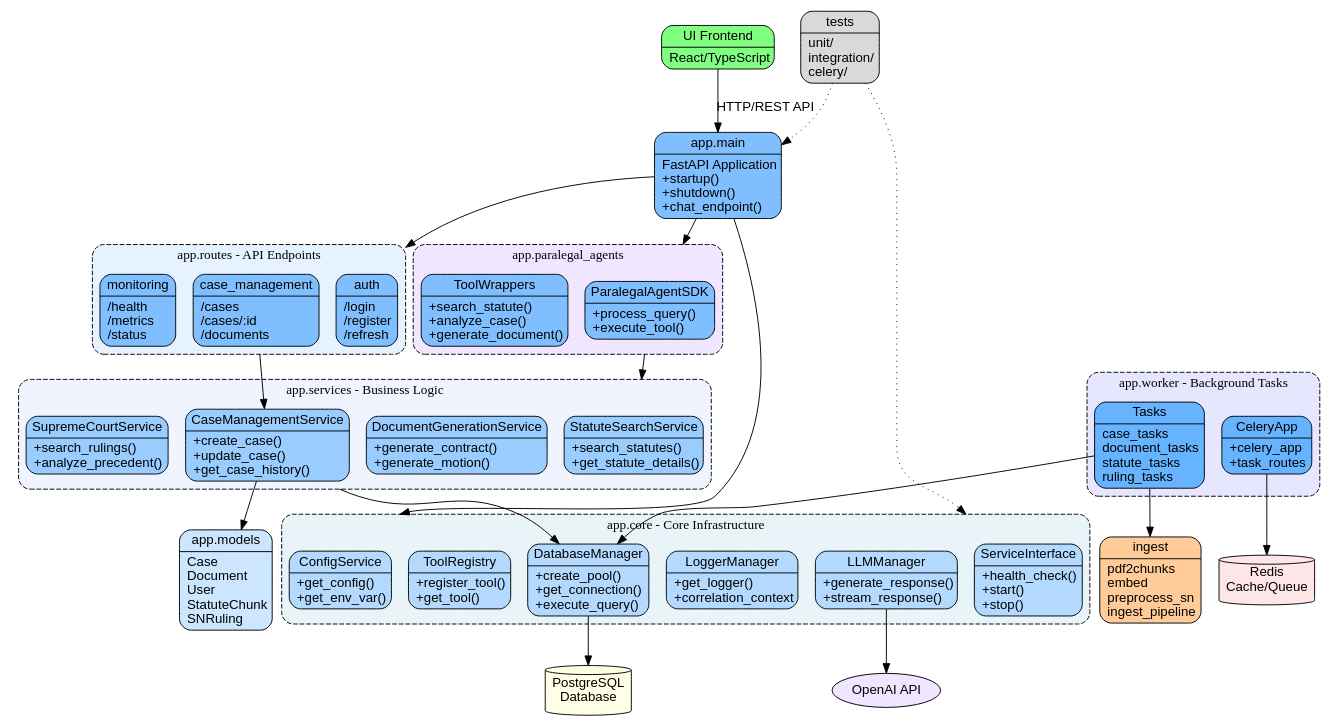
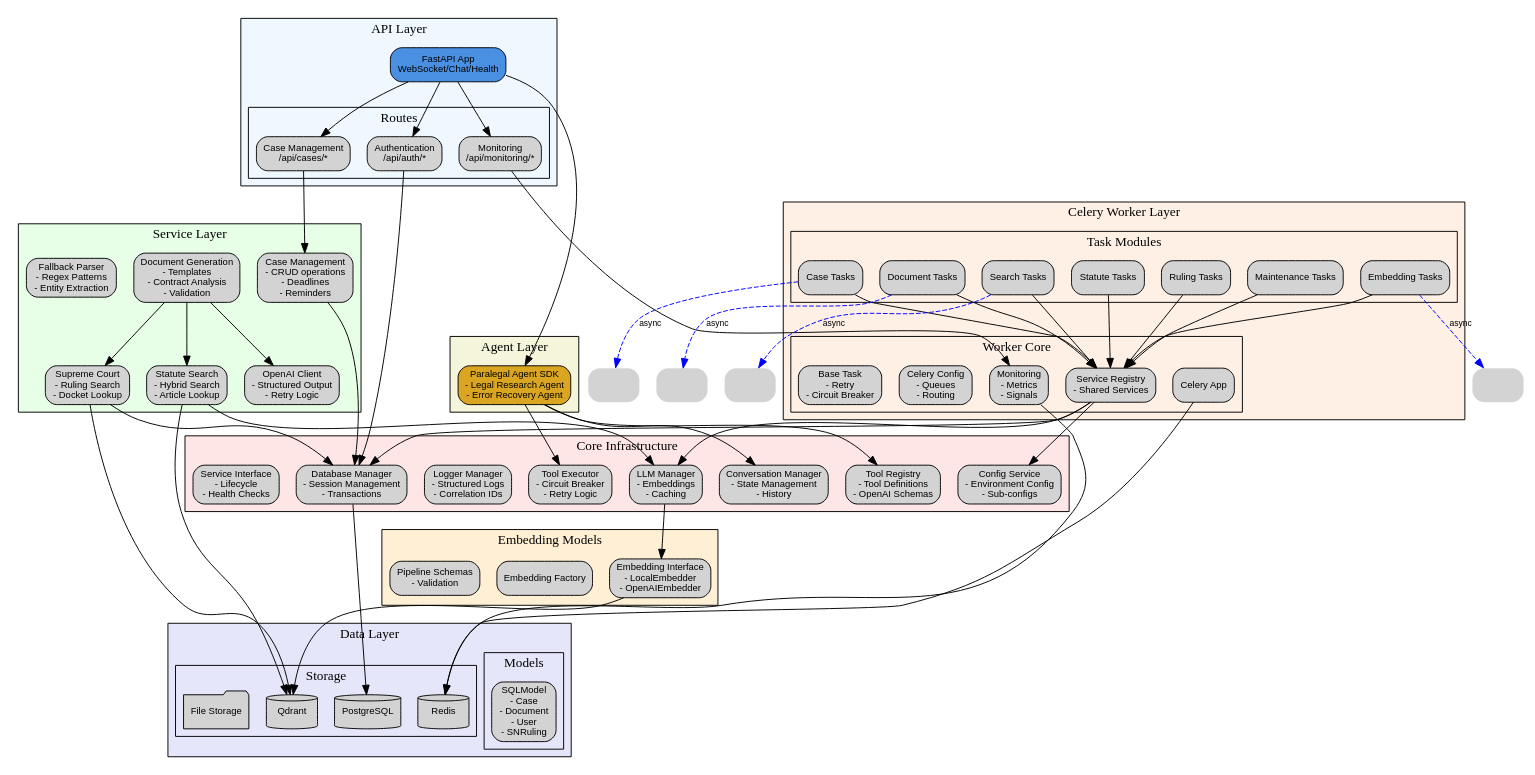
One commit to zeddq/cywil changed the diagram in codebase_architecture_detailed.dot. Above: the diagram before and after it, drawn with Graphviz. The commit also changed 13 other files, not shown here.

```diff
--- a/codebase_architecture_detailed.dot
+++ b/codebase_architecture_detailed.dot
@@ -1,106 +1,180 @@
-digraph "AI_Paralegal_POC_Detailed_Architecture" {
+digraph AI_Paralegal_Detailed {
+    // Graph settings
     rankdir=TB;
-    node [shape=record, style="rounded,filled", fontname="Arial", fontcolor="black"];
-    edge [fontname="Arial", fontcolor="black"];
+    node [shape=box, style="rounded,filled", fontname="Arial", fontsize=10];
+    edge [fontname="Arial", fontsize=9];
     compound=true;
     
-    // app.core subgraph
-    subgraph cluster_core {
-        label="app.core - Core Infrastructure";
-        style="rounded,dashed";
-        bgcolor="#e8f4f8";
+    // API Layer
+    subgraph cluster_api {
+        label="API Layer";
+        style=filled;
+        fillcolor="#f0f8ff";
         
-        core_config [fillcolor="#b3d9ff", label="{ConfigService|+get_config()\l+get_env_var()\l}"];
-        core_db [fillcolor="#b3d9ff", label="{DatabaseManager|+create_pool()\l+get_connection()\l+execute_query()\l}"];
-        core_logger [fillcolor="#b3d9ff", label="{LoggerManager|+get_logger()\l+correlation_context\l}"];
-        core_llm [fillcolor="#b3d9ff", label="{LLMManager|+generate_response()\l+stream_response()\l}"];
-        core_tools [fillcolor="#b3d9ff", label="{ToolRegistry|+register_tool()\l+get_tool()\l}"];
-        core_service [fillcolor="#b3d9ff", label="{ServiceInterface|+health_check()\l+start()\l+stop()\l}"];
+        subgraph cluster_routes {
+            label="Routes";
+            "auth.py" [label="Authentication\n/api/auth/*"];
+            "case_management_routes.py" [label="Case Management\n/api/cases/*"];
+            "monitoring_routes.py" [label="Monitoring\n/api/monitoring/*"];
+        }
+        
+        "main.py" [label="FastAPI App\nWebSocket/Chat/Health", fillcolor="#4a90e2"];
     }
     
-    // app.services subgraph
-    subgraph cluster_services {
-        label="app.services - Business Logic";
-        style="rounded,dashed";
-        bgcolor="#f0f4ff";
+    // Agent Layer
+    subgraph cluster_agents {
+        label="Agent Layer";
+        style=filled;
+        fillcolor="#f5f5dc";
         
-        svc_case [fillcolor="#99ccff", label="{CaseManagementService|+create_case()\l+update_case()\l+get_case_history()\l}"];
-        svc_doc [fillcolor="#99ccff", label="{DocumentGenerationService|+generate_contract()\l+generate_motion()\l}"];
-        svc_statute [fillcolor="#99ccff", label="{StatuteSearchService|+search_statutes()\l+get_statute_details()\l}"];
-        svc_court [fillcolor="#99ccff", label="{SupremeCourtService|+search_rulings()\l+analyze_precedent()\l}"];
+        "refactored_agent_sdk.py" [label="Paralegal Agent SDK\n- Legal Research Agent\n- Error Recovery Agent", fillcolor="#daa520"];
     }
     
-    // app.routes subgraph
-    subgraph cluster_routes {
-        label="app.routes - API Endpoints";
-        style="rounded,dashed";
-        bgcolor="#e6f2ff";
+    // Service Layer
+    subgraph cluster_services {
+        label="Service Layer";
+        style=filled;
+        fillcolor="#e6ffe6";
         
-        route_auth [fillcolor="#80bfff", label="{auth|/login\l/register\l/refresh\l}"];
-        route_case [fillcolor="#80bfff", label="{case_management|/cases\l/cases/:id\l/documents\l}"];
-        route_monitor [fillcolor="#80bfff", label="{monitoring|/health\l/metrics\l/status\l}"];
+        "case_management_service.py" [label="Case Management\n- CRUD operations\n- Deadlines\n- Reminders"];
+        "document_generation_service.py" [label="Document Generation\n- Templates\n- Contract Analysis\n- Validation"];
+        "statute_search_service.py" [label="Statute Search\n- Hybrid Search\n- Article Lookup"];
+        "supreme_court_service.py" [label="Supreme Court\n- Ruling Search\n- Docket Lookup"];
+        "openai_client.py" [label="OpenAI Client\n- Structured Output\n- Retry Logic"];
+        "fallback_parser.py" [label="Fallback Parser\n- Regex Patterns\n- Entity Extraction"];
     }
     
-    // app.worker subgraph
-    subgraph cluster_worker {
-        label="app.worker - Background Tasks";
-        style="rounded,dashed";
-        bgcolor="#e6e6ff";
+    // Core Infrastructure
+    subgraph cluster_core {
+        label="Core Infrastructure";
+        style=filled;
+        fillcolor="#ffe6e6";
         
-        worker_celery [fillcolor="#66b3ff", label="{CeleryApp|+celery_app\l+task_routes\l}"];
-        worker_tasks [fillcolor="#66b3ff", label="{Tasks|case_tasks\ldocument_tasks\lstatute_tasks\lruling_tasks\l}"];
+        "config_service.py" [label="Config Service\n- Environment Config\n- Sub-configs"];
+        "database_manager.py" [label="Database Manager\n- Session Management\n- Transactions"];
+        "llm_manager.py" [label="LLM Manager\n- Embeddings\n- Caching"];
+        "tool_registry.py" [label="Tool Registry\n- Tool Definitions\n- OpenAI Schemas"];
+        "tool_executor.py" [label="Tool Executor\n- Circuit Breaker\n- Retry Logic"];
+        "logger_manager.py" [label="Logger Manager\n- Structured Logs\n- Correlation IDs"];
+        "conversation_manager.py" [label="Conversation Manager\n- State Management\n- History"];
+        "service_interface.py" [label="Service Interface\n- Lifecycle\n- Health Checks"];
     }
     
-    // app.paralegal_agents subgraph
-    subgraph cluster_agents {
-        label="app.paralegal_agents";
-        style="rounded,dashed";
-        bgcolor="#f0e6ff";
+    // Worker Layer
+    subgraph cluster_worker {
+        label="Celery Worker Layer";
+        style=filled;
+        fillcolor="#fff0e6";
         
-        agent_sdk [fillcolor="#80bfff", label="{ParalegalAgentSDK|+process_query()\l+execute_tool()\l}"];
-        agent_tools [fillcolor="#80bfff", label="{ToolWrappers|+search_statute()\l+analyze_case()\l+generate_document()\l}"];
+        subgraph cluster_worker_core {
+            label="Worker Core";
+            "celery_app.py" [label="Celery App"];
+            "service_registry.py" [label="Service Registry\n- Shared Services"];
+            "monitoring.py" [label="Monitoring\n- Metrics\n- Signals"];
+            "config.py" [label="Celery Config\n- Queues\n- Routing"];
+            "base_task.py" [label="Base Task\n- Retry\n- Circuit Breaker"];
+        }
+        
+        subgraph cluster_tasks {
+            label="Task Modules";
+            "case_tasks.py" [label="Case Tasks"];
+            "document_tasks.py" [label="Document Tasks"];
+            "search_tasks.py" [label="Search Tasks"];
+            "embedding_tasks.py" [label="Embedding Tasks"];
+            "statute_tasks.py" [label="Statute Tasks"];
+            "ruling_tasks.py" [label="Ruling Tasks"];
+            "maintenance.py" [label="Maintenance Tasks"];
+        }
     }
     
-    // Main app
-    app_main [fillcolor="#80bfff", fontcolor="black", label="{app.main|FastAPI Application\l+startup()\l+shutdown()\l+chat_endpoint()\l}"];
+    // Data Layer
+    subgraph cluster_data {
+        label="Data Layer";
+        style=filled;
+        fillcolor="#e6e6fa";
+        
+        subgraph cluster_models {
+            label="Models";
+            "models.py" [label="SQLModel\n- Case\n- Document\n- User\n- SNRuling"];
+        }
+        
+        subgraph cluster_storage {
+            label="Storage";
+            "PostgreSQL" [shape=cylinder];
+            "Redis" [shape=cylinder];
+            "Qdrant" [shape=cylinder];
+            "File Storage" [shape=folder];
+        }
+    }
     
-    // Models
-    app_models [fillcolor="#cce6ff", label="{app.models|Case\lDocument\lUser\lStatuteChunk\lSNRuling\l}"];
+    // Embedding Layer
+    subgraph cluster_embeddings {
+        label="Embedding Models";
+        style=filled;
+        fillcolor="#ffefd5";
+        
+        "embedding_interface.py" [label="Embedding Interface\n- LocalEmbedder\n- OpenAIEmbedder"];
+        "embedding_factory.py" [label="Embedding Factory"];
+        "pipeline_schemas.py" [label="Pipeline Schemas\n- Validation"];
+    }
     
-    // Ingest module
-    ingest_module [fillcolor="#ffcc99", label="{ingest|pdf2chunks\lembed\lpreprocess_sn\lingest_pipeline\l}"];
+    // Connections - API to Services
+    "main.py" -> "auth.py";
+    "main.py" -> "case_management_routes.py";
+    "main.py" -> "monitoring_routes.py";
+    "main.py" -> "refactored_agent_sdk.py";
     
-    // External systems
-    postgres [shape=cylinder, fillcolor="#ffffe6", label="PostgreSQL\nDatabase"];
-    redis [shape=cylinder, fillcolor="#ffe6e6", label="Redis\nCache/Queue"];
-    openai [shape=ellipse, fillcolor="#f0e6ff", label="OpenAI API"];
+    // Routes to Services
+    "auth.py" -> "database_manager.py";
+    "case_management_routes.py" -> "case_management_service.py";
+    "monitoring_routes.py" -> "monitoring.py";
     
-    // UI
-    ui_app [fillcolor="#80ff80", label="{UI Frontend|React/TypeScript\l}"];
+    // Agent to Services
+    "refactored_agent_sdk.py" -> "tool_registry.py";
+    "refactored_agent_sdk.py" -> "tool_executor.py";
+    "refactored_agent_sdk.py" -> "conversation_manager.py";
     
-    // Dependencies - simplified for clarity
-    app_main -> core_config [lhead=cluster_core];
-    app_main -> route_auth [lhead=cluster_routes];
-    app_main -> agent_sdk [lhead=cluster_agents];
+    // Service Dependencies
+    "case_management_service.py" -> "database_manager.py";
+    "document_generation_service.py" -> "statute_search_service.py";
+    "document_generation_service.py" -> "supreme_court_service.py";
+    "document_generation_service.py" -> "openai_client.py";
+    "statute_search_service.py" -> "llm_manager.py";
+    "supreme_court_service.py" -> "database_manager.py";
     
-    svc_case -> core_db [ltail=cluster_services];
-    svc_case -> app_models;
+    // Core Dependencies
+    "database_manager.py" -> "PostgreSQL";
+    "llm_manager.py" -> "embedding_interface.py";
+    "service_registry.py" -> "config_service.py";
+    "service_registry.py" -> "database_manager.py";
+    "service_registry.py" -> "llm_manager.py";
     
-    route_case -> svc_case [ltail=cluster_routes];
+    // Worker Task Dependencies
+    "celery_app.py" -> "Redis";
+    "case_tasks.py" -> "service_registry.py";
+    "document_tasks.py" -> "service_registry.py";
+    "search_tasks.py" -> "service_registry.py";
+    "embedding_tasks.py" -> "service_registry.py";
+    "statute_tasks.py" -> "service_registry.py";
+    "ruling_tasks.py" -> "service_registry.py";
+    "maintenance.py" -> "service_registry.py";
     
-    agent_sdk -> svc_statute [ltail=cluster_agents, lhead=cluster_services];
+    // Data Flow
+    "statute_search_service.py" -> "Qdrant";
+    "supreme_court_service.py" -> "Qdrant";
+    "embedding_interface.py" -> "Qdrant";
+    "monitoring.py" -> "Redis";
     
-    worker_tasks -> ingest_module;
-    worker_tasks -> core_db;
+    // Task Flow
+    edge [style=dashed, color=blue];
+    "document_tasks.py" -> "Document Generation Queue" [label="async"];
+    "search_tasks.py" -> "Search Queue" [label="async"];
+    "embedding_tasks.py" -> "Embeddings Queue" [label="async"];
+    "case_tasks.py" -> "Case Management Queue" [label="async"];
     
-    core_db -> postgres;
-    worker_celery -> redis;
-    core_llm -> openai;
-    
-    ui_app -> app_main [label="HTTP/REST API"];
-    
-    // Test dependencies (dotted)
-    tests [fillcolor="#d9d9d9", label="{tests|unit/\lintegration/\lcelery/\l}"];
-    tests -> app_main [style=dotted];
-    tests -> core_service [style=dotted, lhead=cluster_core];
+    // Queue definitions (invisible nodes for layout)
+    "Document Generation Queue" [shape=none, label=""];
+    "Search Queue" [shape=none, label=""];
+    "Embeddings Queue" [shape=none, label=""];
+    "Case Management Queue" [shape=none, label=""];
 }
```
